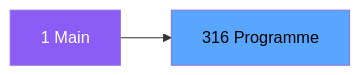
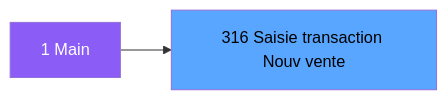
One commit to thonyAGP/magic-migration changed the second of 3 diagrams in .openspec/specs/ADH-IDE-316.md. Above: the diagram before and after it, drawn with Mermaid. The commit also changed other lines of this file and 323 other files, not shown here.

````diff
--- a/.openspec/specs/ADH-IDE-316.md
+++ b/.openspec/specs/ADH-IDE-316.md
@@ -136,8 +162,8 @@
 ```mermaid
 graph LR
     M[1 Main]
-    T[316 Programme]
+    T[316 Saisie transaction Nouv vente]
     M --> T
     style M fill:#8b5cf6,color:#fff
     style T fill:#58a6ff,color:#000
 ```
````
